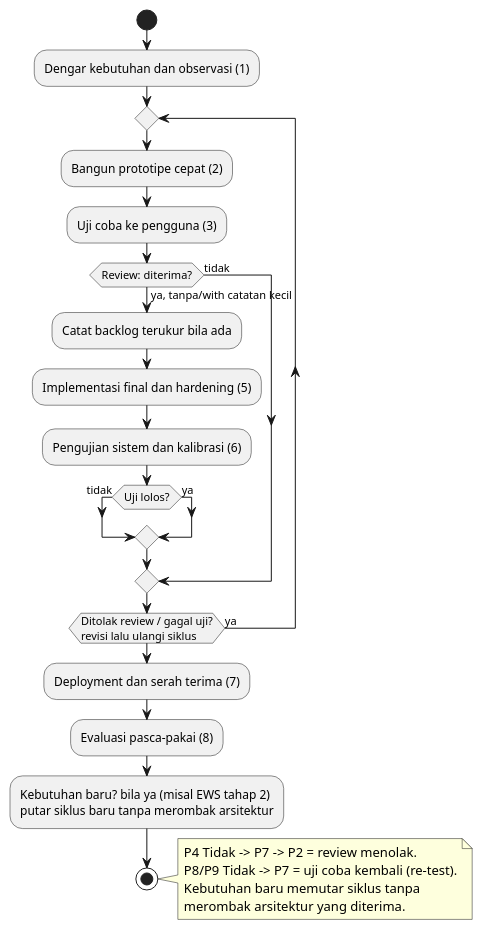
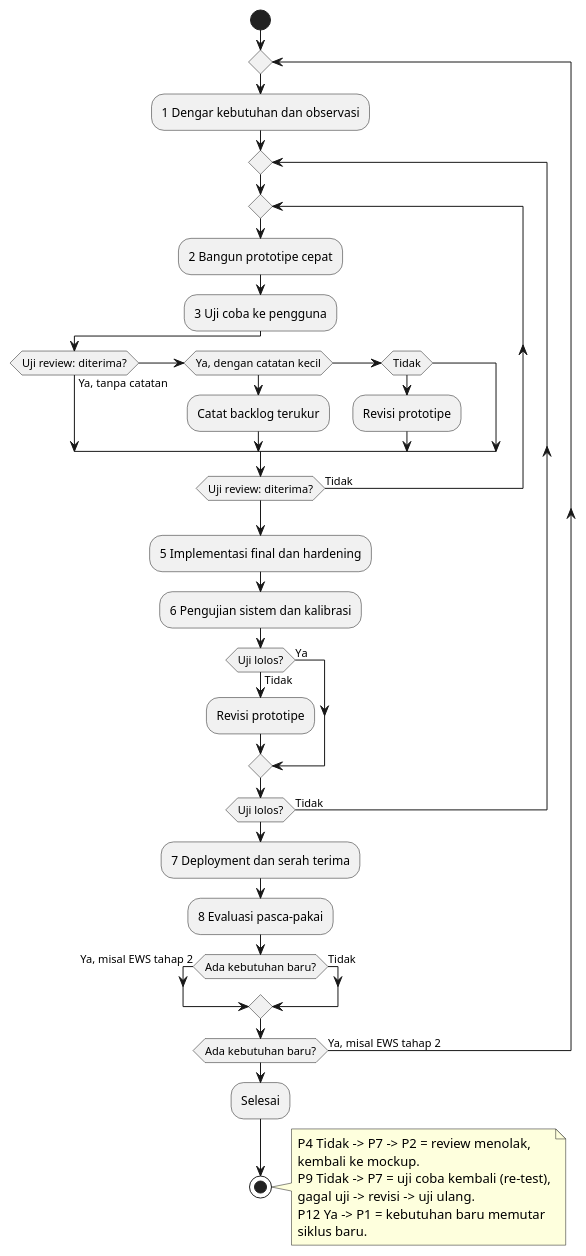
One commit to mygads/Face-Recognition-Capstone changed the diagram in docs/diagrams/plantuml/act-prototype-method.puml. Above: the diagram before and after it, drawn with PlantUML. The commit also changed 58 other files, not shown here.

First line of the commit message:
Refactor activity diagrams and update flow descriptions

```diff
--- a/docs/diagrams/plantuml/act-prototype-method.puml
+++ b/docs/diagrams/plantuml/act-prototype-method.puml
@@ -1,29 +1,41 @@
 @startuml
 ' Metode Prototype — docs/proposal/02-metode-prototype.md §2.1
 start
-:Dengar kebutuhan dan observasi (1);
 repeat
-  :Bangun prototipe cepat (2);
-  :Uji coba ke pengguna (3);
-  if (Review: diterima?) then (tidak)
-  else (ya, tanpa/with catatan kecil)
-    :Catat backlog terukur bila ada;
-    :Implementasi final dan hardening (5);
-    :Pengujian sistem dan kalibrasi (6);
-    if (Uji lolos?) then (tidak)
-    else (ya)
-    endif
+  :1 Dengar kebutuhan dan observasi;
+  repeat
+    repeat
+      :2 Bangun prototipe cepat;
+      :3 Uji coba ke pengguna;
+      if (Uji review: diterima?) then (Ya, tanpa catatan)
+      elseif (Ya, dengan catatan kecil)
+        :Catat backlog terukur;
+      elseif (Tidak)
+        :Revisi prototipe;
+      endif
+    repeat while (Uji review: diterima?) is (Tidak)
+  :5 Implementasi final dan hardening;
+  :6 Pengujian sistem dan kalibrasi;
+  if (Uji lolos?) then (Tidak)
+    :Revisi prototipe;
+  else (Ya)
   endif
-repeat while (Ditolak review / gagal uji?\nrevisi lalu ulangi siklus) is (ya)
-:Deployment dan serah terima (7);
-:Evaluasi pasca-pakai (8);
-:Kebutuhan baru? bila ya (misal EWS tahap 2)\nputar siklus baru tanpa merombak arsitektur;
+repeat while (Uji lolos?) is (Tidak)
+:7 Deployment dan serah terima;
+:8 Evaluasi pasca-pakai;
+if (Ada kebutuhan baru?) then (Ya, misal EWS tahap 2)
+else (Tidak)
+endif
+repeat while (Ada kebutuhan baru?) is (Ya, misal EWS tahap 2)
+:Selesai;
 stop
 
 note right
-  P4 Tidak -> P7 -> P2 = review menolak.
-  P8/P9 Tidak -> P7 = uji coba kembali (re-test).
-  Kebutuhan baru memutar siklus tanpa
-  merombak arsitektur yang diterima.
+  P4 Tidak -> P7 -> P2 = review menolak,
+  kembali ke mockup.
+  P9 Tidak -> P7 = uji coba kembali (re-test),
+  gagal uji -> revisi -> uji ulang.
+  P12 Ya -> P1 = kebutuhan baru memutar
+  siklus baru.
 end note
 @enduml
```
